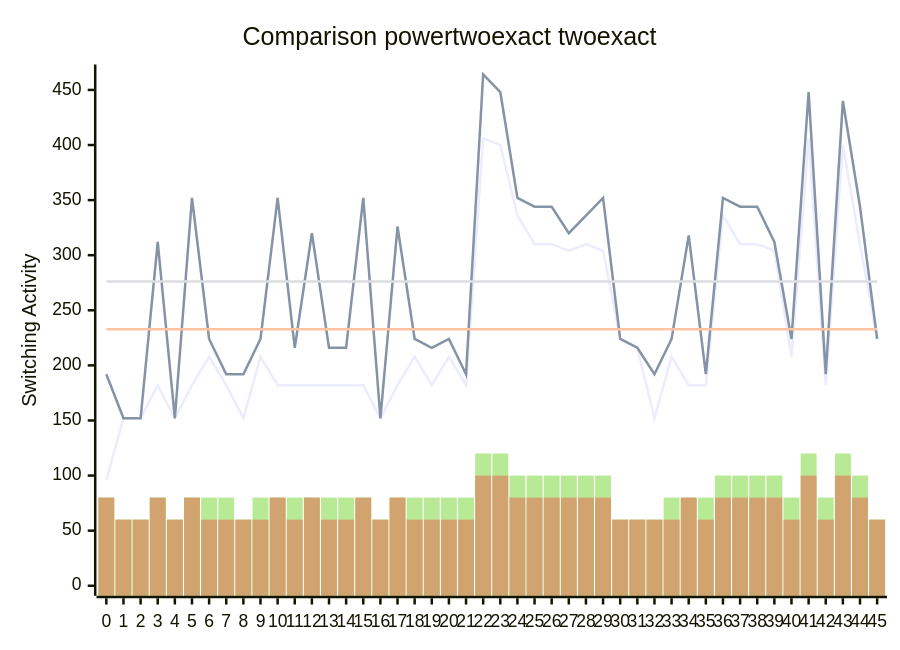
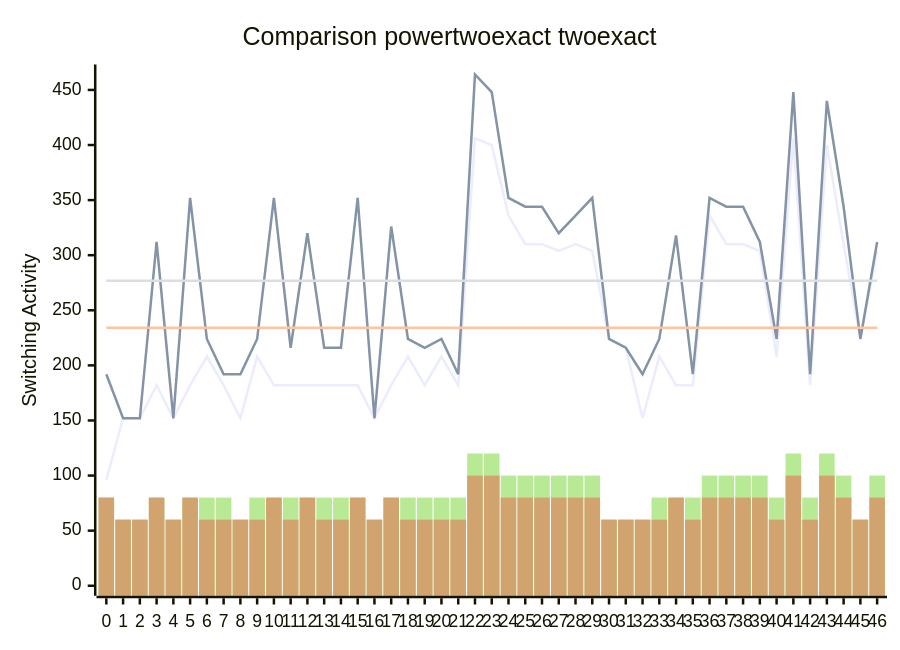
Before and after one commit to FeldmeierMichael/Exact-Power-Synthesis: the diagram in benchmark.md, drawn with Mermaid. The commit also changed other lines of this file and 2 other files, not shown here.

````diff
--- a/benchmark.md
+++ b/benchmark.md
@@ -93,12 +95,12 @@
 ```mermaid
 xychart-beta
     title "Comparison powertwoexact twoexact"
-    x-axis [0, 1, 2, 3, 4, 5, 6, 7, 8, 9, 10, 11, 12, 13, 14, 15, 16, 17, 18, 19, 20, 21, 22, 23, 24, 25, 26, 27, 28, 29, 30, 31, 32, 33, 34, 35, 36, 37, 38, 39, 40, 41, 42, 43, 44, 45]
+    x-axis [0, 1, 2, 3, 4, 5, 6, 7, 8, 9, 10, 11, 12, 13, 14, 15, 16, 17, 18, 19, 20, 21, 22, 23, 24, 25, 26, 27, 28, 29, 30, 31, 32, 33, 34, 35, 36, 37, 38, 39, 40, 41, 42, 43, 44, 45, 46]
     y-axis "Switching Activity" 0-->464
-    line [96, 152, 152, 182, 152, 182, 208, 182, 152, 208, 182, 182, 182, 182, 182, 182, 152, 182, 208, 182, 208, 182, 406, 400, 336, 310, 310, 304, 310, 304, 224, 216, 152, 208, 182, 182, 336, 310, 310, 304, 208, 406, 182, 400, 310, 224]
-    line [192, 152, 152, 312, 152, 352, 224, 192, 192, 224, 352, 216, 320, 216, 216, 352, 152, 326, 224, 216, 224, 192, 464, 448, 352, 344, 344, 320, 336, 352, 224, 216, 192, 224, 318, 192, 352, 344, 344, 312, 224, 448, 192, 440, 344, 224]
-    line [232.7391304347826, 232.7391304347826, 232.7391304347826, 232.7391304347826, 232.7391304347826, 232.7391304347826, 232.7391304347826, 232.7391304347826, 232.7391304347826, 232.7391304347826, 232.7391304347826, 232.7391304347826, 232.7391304347826, 232.7391304347826, 232.7391304347826, 232.7391304347826, 232.7391304347826, 232.7391304347826, 232.7391304347826, 232.7391304347826, 232.7391304347826, 232.7391304347826, 232.7391304347826, 232.7391304347826, 232.7391304347826, 232.7391304347826, 232.7391304347826, 232.7391304347826, 232.7391304347826, 232.7391304347826, 232.7391304347826, 232.7391304347826, 232.7391304347826, 232.7391304347826, 232.7391304347826, 232.7391304347826, 232.7391304347826, 232.7391304347826, 232.7391304347826, 232.7391304347826, 232.7391304347826, 232.7391304347826, 232.7391304347826, 232.7391304347826, 232.7391304347826, 232.7391304347826]
-    line [276.0869565217391, 276.0869565217391, 276.0869565217391, 276.0869565217391, 276.0869565217391, 276.0869565217391, 276.0869565217391, 276.0869565217391, 276.0869565217391, 276.0869565217391, 276.0869565217391, 276.0869565217391, 276.0869565217391, 276.0869565217391, 276.0869565217391, 276.0869565217391, 276.0869565217391, 276.0869565217391, 276.0869565217391, 276.0869565217391, 276.0869565217391, 276.0869565217391, 276.0869565217391, 276.0869565217391, 276.0869565217391, 276.0869565217391, 276.0869565217391, 276.0869565217391, 276.0869565217391, 276.0869565217391, 276.0869565217391, 276.0869565217391, 276.0869565217391, 276.0869565217391, 276.0869565217391, 276.0869565217391, 276.0869565217391, 276.0869565217391, 276.0869565217391, 276.0869565217391, 276.0869565217391, 276.0869565217391, 276.0869565217391, 276.0869565217391, 276.0869565217391, 276.0869565217391]
-    bar [80, 60, 60, 80, 60, 80, 80, 80, 60, 80, 80, 80, 80, 80, 80, 80, 60, 80, 80, 80, 80, 80, 120, 120, 100, 100, 100, 100, 100, 100, 60, 60, 60, 80, 80, 80, 100, 100, 100, 100, 80, 120, 80, 120, 100, 60]
-    bar [80, 60, 60, 80, 60, 80, 60, 60, 60, 60, 80, 60, 80, 60, 60, 80, 60, 80, 60, 60, 60, 60, 100, 100, 80, 80, 80, 80, 80, 80, 60, 60, 60, 60, 80, 60, 80, 80, 80, 80, 60, 100, 60, 100, 80, 60]
+    line [96, 152, 152, 182, 152, 182, 208, 182, 152, 208, 182, 182, 182, 182, 182, 182, 152, 182, 208, 182, 208, 182, 406, 400, 336, 310, 310, 304, 310, 304, 224, 216, 152, 208, 182, 182, 336, 310, 310, 304, 208, 406, 182, 400, 310, 224, 304]
+    line [192, 152, 152, 312, 152, 352, 224, 192, 192, 224, 352, 216, 320, 216, 216, 352, 152, 326, 224, 216, 224, 192, 464, 448, 352, 344, 344, 320, 336, 352, 224, 216, 192, 224, 318, 192, 352, 344, 344, 312, 224, 448, 192, 440, 344, 224, 312]
+    line [234.25531914893617, 234.25531914893617, 234.25531914893617, 234.25531914893617, 234.25531914893617, 234.25531914893617, 234.25531914893617, 234.25531914893617, 234.25531914893617, 234.25531914893617, 234.25531914893617, 234.25531914893617, 234.25531914893617, 234.25531914893617, 234.25531914893617, 234.25531914893617, 234.25531914893617, 234.25531914893617, 234.25531914893617, 234.25531914893617, 234.25531914893617, 234.25531914893617, 234.25531914893617, 234.25531914893617, 234.25531914893617, 234.25531914893617, 234.25531914893617, 234.25531914893617, 234.25531914893617, 234.25531914893617, 234.25531914893617, 234.25531914893617, 234.25531914893617, 234.25531914893617, 234.25531914893617, 234.25531914893617, 234.25531914893617, 234.25531914893617, 234.25531914893617, 234.25531914893617, 234.25531914893617, 234.25531914893617, 234.25531914893617, 234.25531914893617, 234.25531914893617, 234.25531914893617, 234.25531914893617]
+    line [276.8510638297872, 276.8510638297872, 276.8510638297872, 276.8510638297872, 276.8510638297872, 276.8510638297872, 276.8510638297872, 276.8510638297872, 276.8510638297872, 276.8510638297872, 276.8510638297872, 276.8510638297872, 276.8510638297872, 276.8510638297872, 276.8510638297872, 276.8510638297872, 276.8510638297872, 276.8510638297872, 276.8510638297872, 276.8510638297872, 276.8510638297872, 276.8510638297872, 276.8510638297872, 276.8510638297872, 276.8510638297872, 276.8510638297872, 276.8510638297872, 276.8510638297872, 276.8510638297872, 276.8510638297872, 276.8510638297872, 276.8510638297872, 276.8510638297872, 276.8510638297872, 276.8510638297872, 276.8510638297872, 276.8510638297872, 276.8510638297872, 276.8510638297872, 276.8510638297872, 276.8510638297872, 276.8510638297872, 276.8510638297872, 276.8510638297872, 276.8510638297872, 276.8510638297872, 276.8510638297872]
+    bar [80, 60, 60, 80, 60, 80, 80, 80, 60, 80, 80, 80, 80, 80, 80, 80, 60, 80, 80, 80, 80, 80, 120, 120, 100, 100, 100, 100, 100, 100, 60, 60, 60, 80, 80, 80, 100, 100, 100, 100, 80, 120, 80, 120, 100, 60, 100]
+    bar [80, 60, 60, 80, 60, 80, 60, 60, 60, 60, 80, 60, 80, 60, 60, 80, 60, 80, 60, 60, 60, 60, 100, 100, 80, 80, 80, 80, 80, 80, 60, 60, 60, 60, 80, 60, 80, 80, 80, 80, 60, 100, 60, 100, 80, 60, 80]
 ```
````
